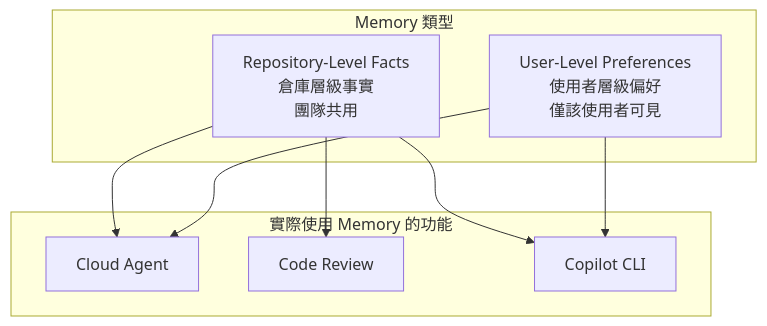
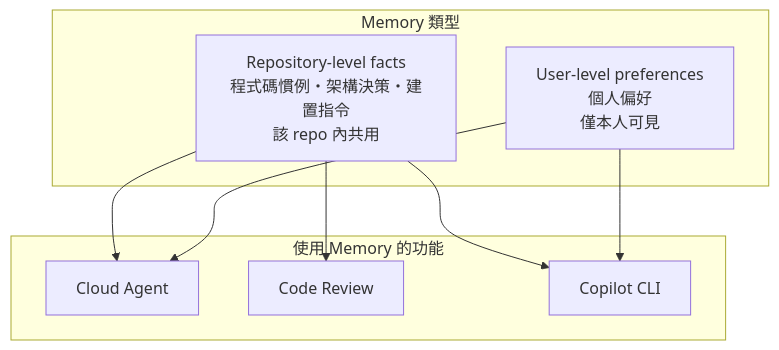
Diagram 11 of 26 in content/posts/教學/AI開發/github copilot生態圈教學手冊.md (chihhung/Blog), drawn with Mermaid before and after one commit. The commit also changed other lines of this file and 2 other files, not shown here.

````diff
--- a/content/posts/教學/AI開發/github copilot生態圈教學手冊.md
+++ b/content/posts/教學/AI開發/github copilot生態圈教學手冊.md
@@ -1953,19 +2738,19 @@
 ```mermaid
 flowchart TB
     subgraph "Memory 類型"
-        A[Repository-Level Facts<br/>倉庫層級事實<br/>團隊共用]
-        B[User-Level Preferences<br/>使用者層級偏好<br/>僅該使用者可見]
+        A[Repository-level facts<br/>程式碼慣例・架構決策・建置指令<br/>該 repo 內共用]
+        B[User-level preferences<br/>個人偏好<br/>僅本人可見]
     end
-    
-    subgraph "實際使用 Memory 的功能"
+
+    subgraph "使用 Memory 的功能"
         C[Cloud Agent]
         D[Code Review]
         E[Copilot CLI]
     end
-    
+
     A --> C
     A --> D
     A --> E
     B --> C
     B --> E
 ```
````
